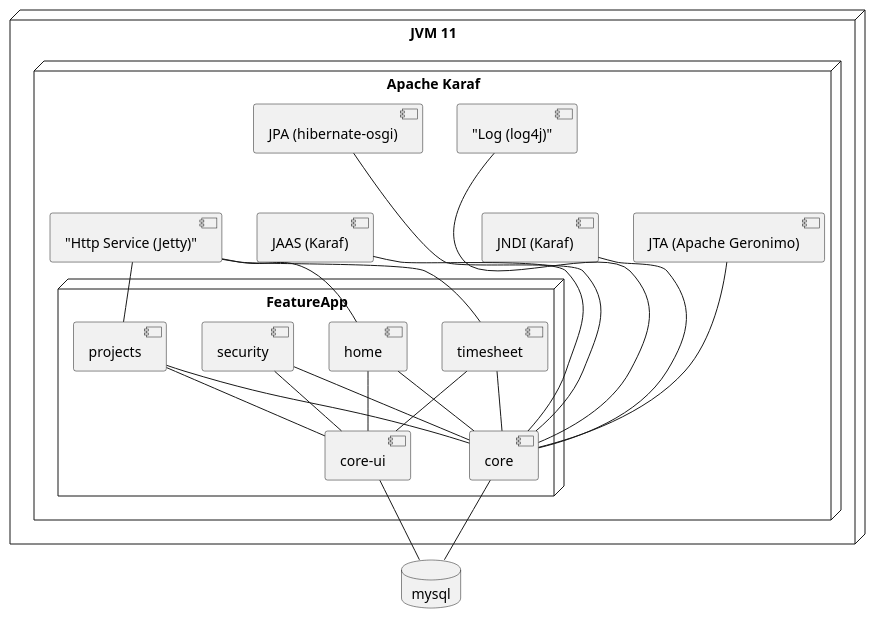
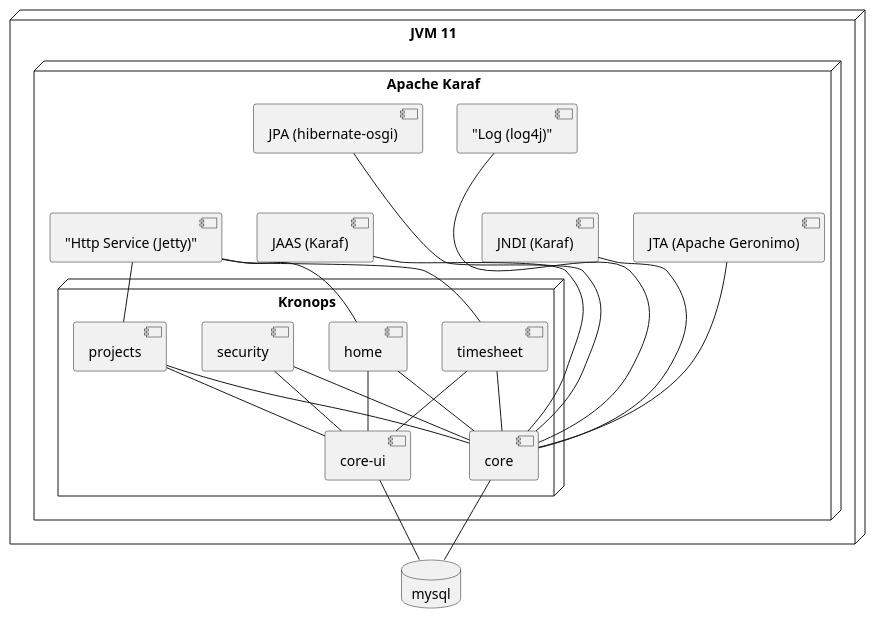
Before and after one commit to TimeboardIO/timeboard: the diagram in docs/Deployment.puml, drawn with PlantUML. The commit also changed 8 other files, not shown here.

```diff
--- a/docs/Deployment.puml
+++ b/docs/Deployment.puml
@@ -1,41 +1,41 @@
 @startuml
 
 database mysql
 
 node "JVM 11" {
     node "Apache Karaf"{
 
 
-         node "FeatureApp"{
+         node "Kronops"{
              [core] -- mysql
              [core-ui] -- mysql
              [security] -- core
              [security] -- [core-ui]
              [projects] -- core
              [timesheet] -- core
              [home] -- core
              [projects] -- [core-ui]
              [timesheet] -- [core-ui]
              [home] -- [core-ui]
 
 
          }
 
 
 
          [JPA (hibernate-osgi)] ---- core
          [JAAS (Karaf)] --- core
          [JTA (Apache Geronimo)] --- core
          [JNDI (Karaf)] --- core
          ["Log (log4j)"] ---- core
 
          ["Http Service (Jetty)"] -- projects
          ["Http Service (Jetty)"] -- timesheet
          ["Http Service (Jetty)"] -- home
     }
 }
 
 
 
 
 @enduml
```
